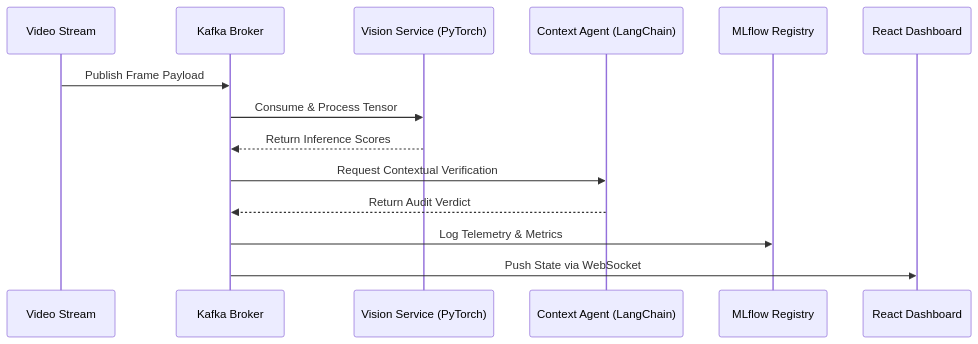
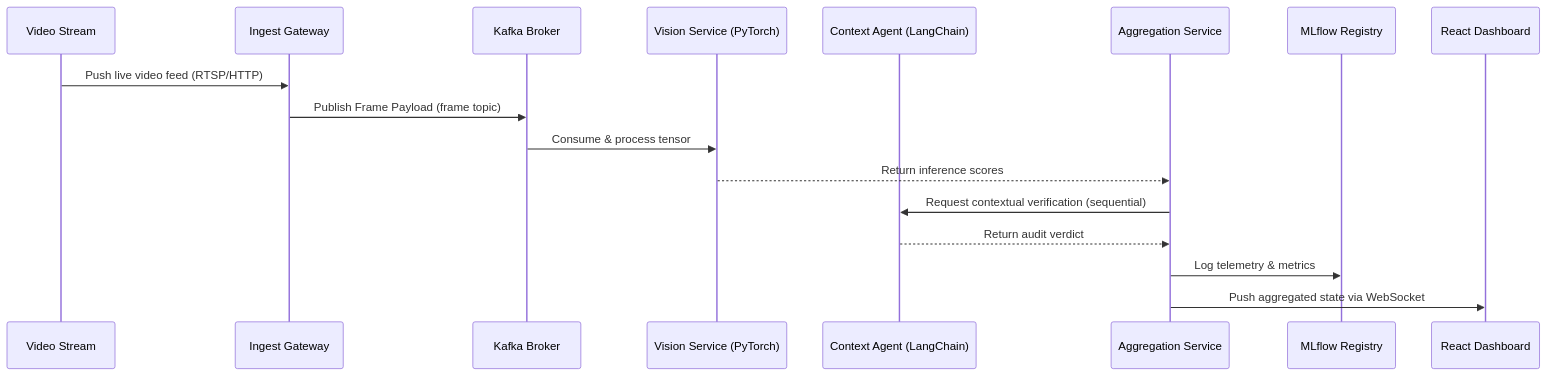
One commit to Van-der/ARDD_TP changed the diagram in PLAN/FLOW.md. Above: the diagram before and after it, drawn with Mermaid. The commit also changed other lines of this file and 7 other files, not shown here.

````diff
--- a/PLAN/FLOW.md
+++ b/PLAN/FLOW.md
@@ -5,17 +5,20 @@
 ```mermaid
 sequenceDiagram
     participant Source as Video Stream
+    participant Gateway as Ingest Gateway
     participant Kafka as Kafka Broker
     participant Vision as Vision Service (PyTorch)
     participant RAG as Context Agent (LangChain)
+    participant Agg as Aggregation Service
     participant MLflow as MLflow Registry
     participant UI as React Dashboard
 
-    Source->>Kafka: Publish Frame Payload
-    Kafka->>Vision: Consume & Process Tensor
-    Vision-->>Kafka: Return Inference Scores
-    Kafka->>RAG: Request Contextual Verification
-    RAG-->>Kafka: Return Audit Verdict
-    Kafka->>MLflow: Log Telemetry & Metrics
-    Kafka->>UI: Push State via WebSocket
+    Source->>Gateway: Push live video feed (RTSP/HTTP)
+    Gateway->>Kafka: Publish Frame Payload (frame topic)
+    Kafka->>Vision: Consume & process tensor
+    Vision-->>Agg: Return inference scores
+    Agg->>RAG: Request contextual verification (sequential)
+    RAG-->>Agg: Return audit verdict
+    Agg->>MLflow: Log telemetry & metrics
+    Agg->>UI: Push aggregated state via WebSocket
 ```
````
